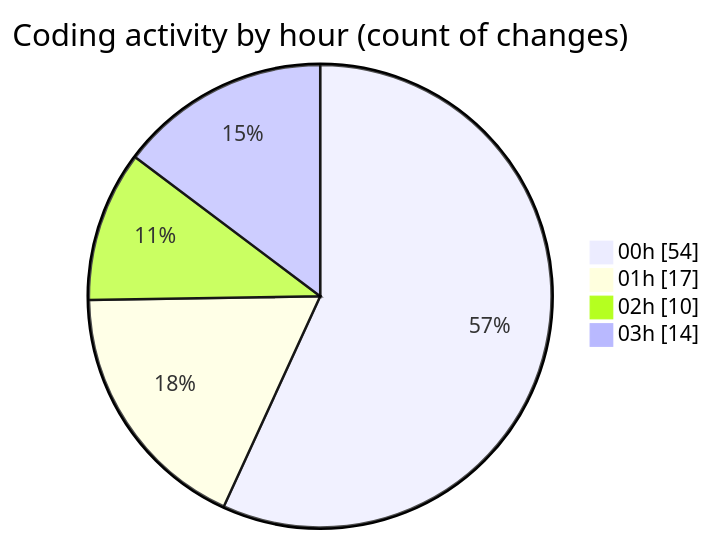
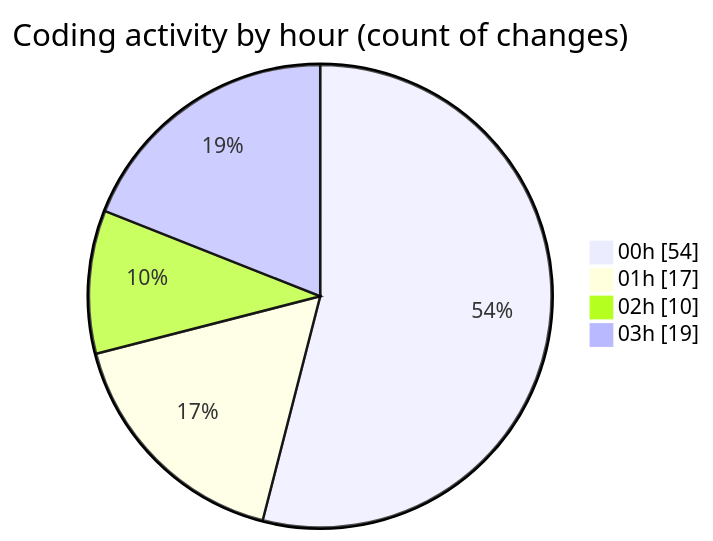
The second of 2 diagrams in 2025-07-26/quanlyrapchieuphim-1/README.md (lephambinh05/code-tracking), drawn with Mermaid before and after one commit. The commit also changed other lines of this file and 1 other file, not shown here.

````diff
--- a/2025-07-26/quanlyrapchieuphim-1/README.md
+++ b/2025-07-26/quanlyrapchieuphim-1/README.md
@@ -36,8 +36,8 @@
 ```mermaid
 pie showData
 title Coding activity by hour (count of changes)
 "00h" : 54
 "01h" : 17
 "02h" : 10
-"03h" : 14
+"03h" : 19
 ```
````
